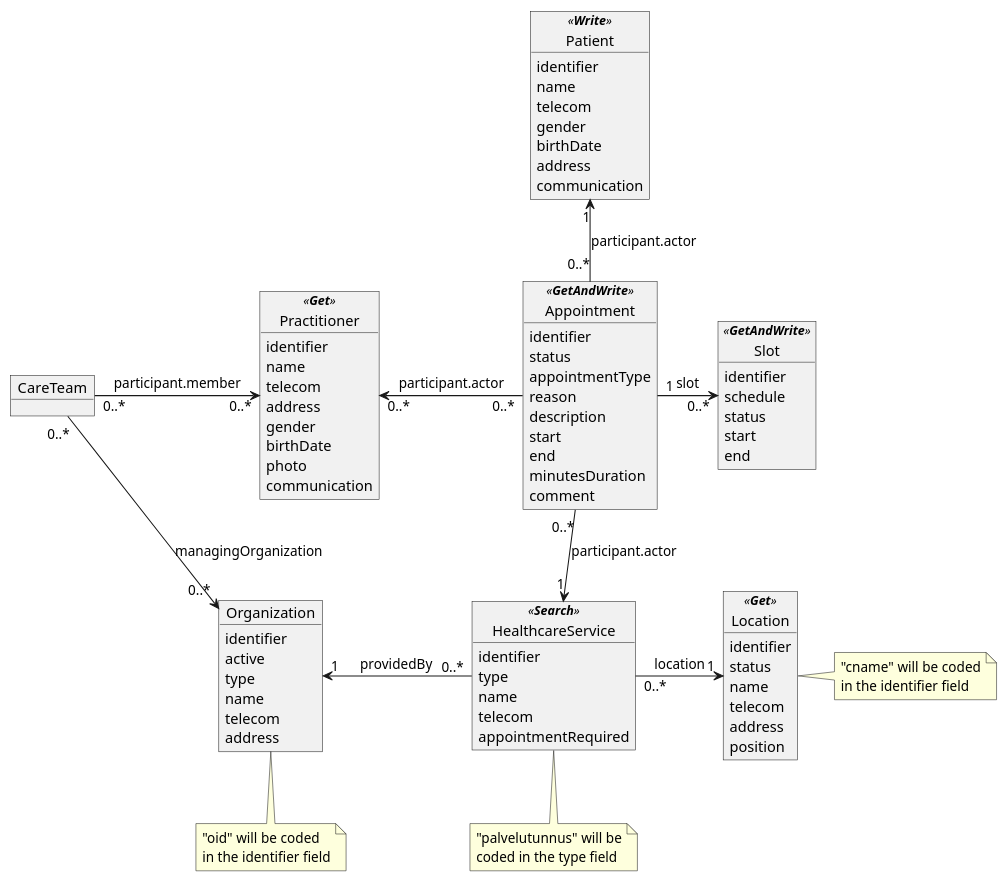
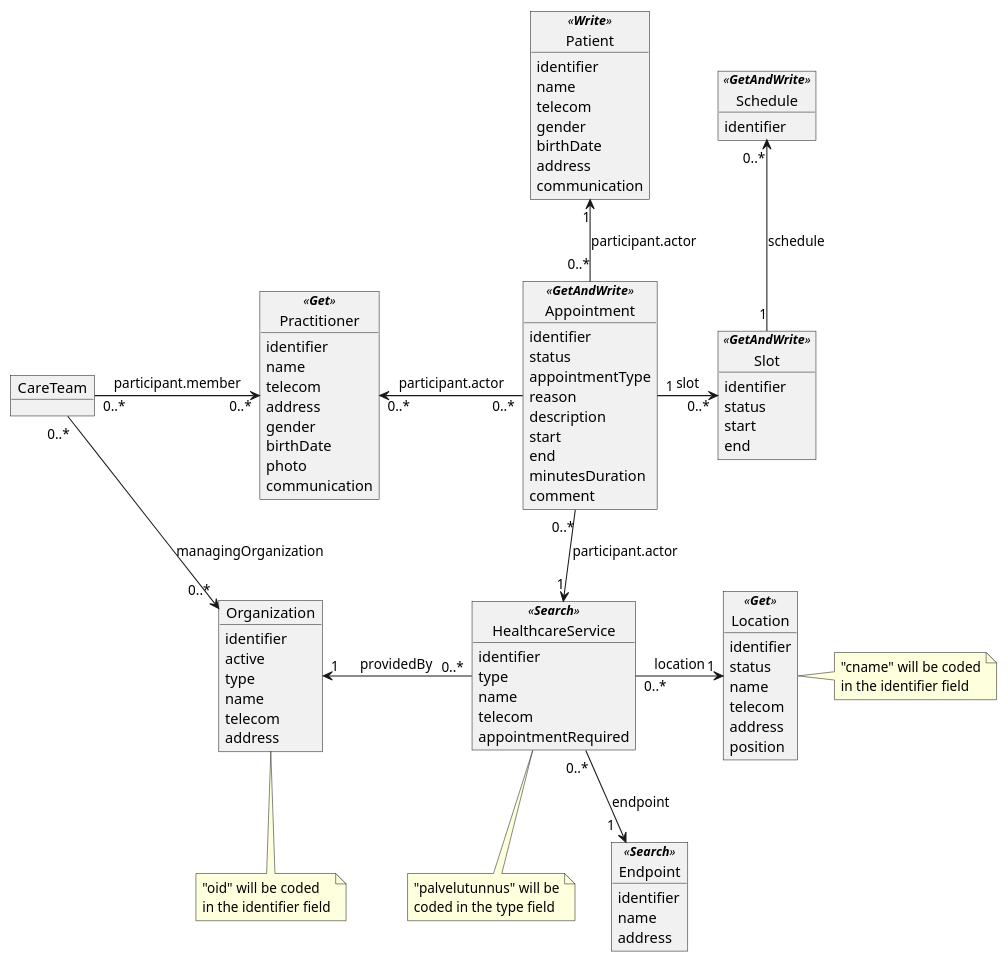
Before and after one commit to omahoito/rfc: the diagram in ODA_ajanvaraus.plantuml, drawn with PlantUML.

Commit message:
KT-823 added endpoint and schedule resources to appoint diagram

```diff
--- a/ODA_ajanvaraus.plantuml
+++ b/ODA_ajanvaraus.plantuml
@@ -1,96 +1,107 @@
 @startuml
 
 hide methods
 
 object Appointment <<**GetAndWrite**>> {
   identifier
   status
   appointmentType
   reason
   ' added description field for a human readable description
   description
   start
   end
   minutesDuration
   comment
 }
 
 object Slot <<**GetAndWrite**>> {
   identifier
-  schedule
   status
   start
   end
 }
 
 object Practitioner <<**Get**>> {
   identifier
   name
   telecom
   address
   gender
   birthDate  
   photo
   communication
   ' role.organization (ODAOrganization) ... role does not exist in DSTU3 any nmore
   ' role.healthcareService (ODAHealthcareService) ... role does not exist in DSTU3 any nmore
 }
 
 object Location <<**Get**>> {
   identifier
   status
   name
   telecom
   address
   position
 }
 note right : "cname" will be coded\nin the identifier field
 
 object Patient <<**Write**>> {
   ' added some missing fields that are used in a patient resource
   identifier
   name
   telecom
   gender
   birthDate
   address
   communication
 }
 
 object HealthcareService <<**Search**>> {
   identifier
   type
   name
   telecom
   ' characteristic -- dropped this field out at this stage; used eg. to indicate wheel chair access
   appointmentRequired
 }
 note bottom : "palvelutunnus" will be\ncoded in the type field
 
 object Organization {
   ' added some missing fields that are used in a patient resource
   identifier
   active
   type
   name
   telecom
   address
 }
 note bottom : "oid" will be coded\nin the identifier field
 
+object CareTeam {
+}
 
-object CareTeam {
+object Schedule <<**GetAndWrite**>>{
+  identifier
+}
+
+object Endpoint <<**Search**>> {
+  identifier
+  name
+  address
 }
 
 Appointment "0..*" -left-> "0..*" Practitioner :  participant.actor
 Appointment "0..*" -down-> "1" HealthcareService :  participant.actor
 Appointment "0..*" -up-> "1" Patient :  participant.actor
 Appointment "1" -right-> "0..*" Slot :  slot
 
+Slot "1" -up-> "0..*" Schedule : schedule
+
 HealthcareService "0..*" -left-> "1" Organization : "providedBy "
 HealthcareService "0..*  " -right-> "1" Location : location
+HealthcareService "0..*" -down-> "1  " Endpoint : endpoint
 
 CareTeam "0..*" -right-> "0..*" Practitioner : participant.member
 CareTeam "0..*" -down-> "0..*" Organization : managingOrganization
 
 @enduml
```
